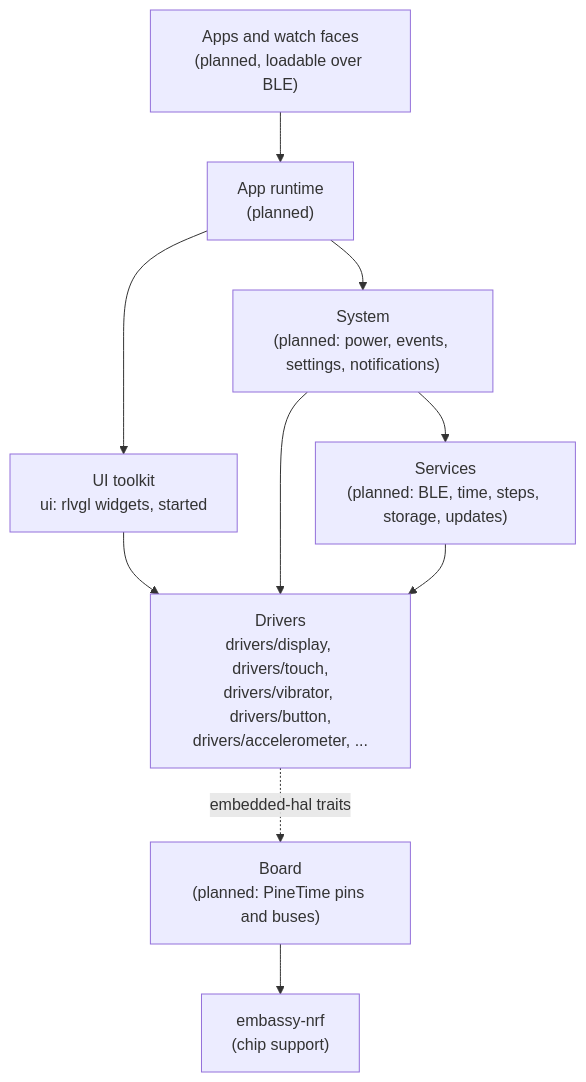
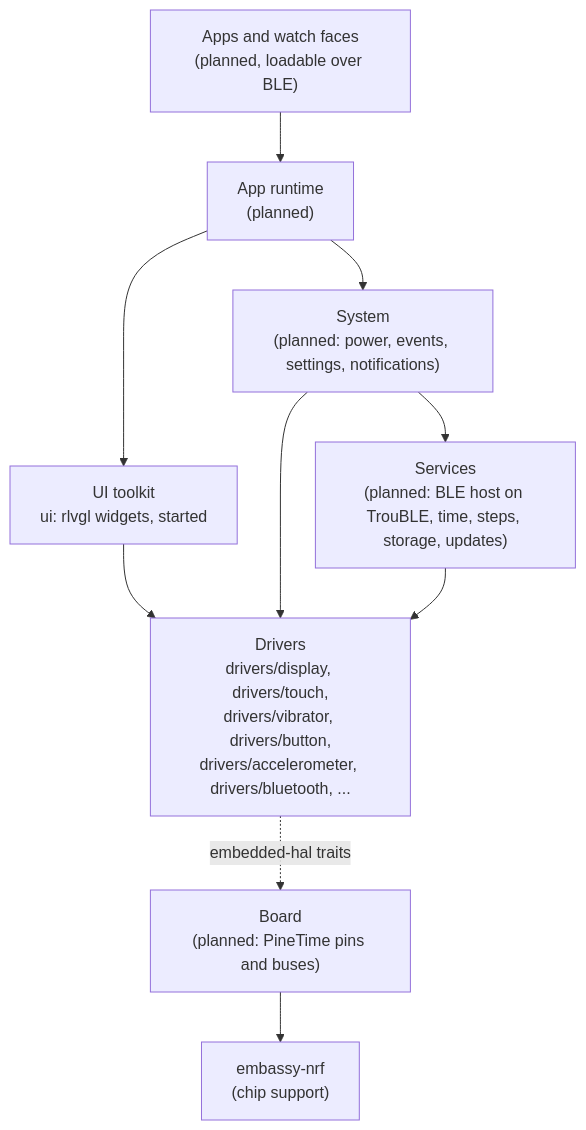
The diagram in docs/architecture.md (BeatLink/BattleTime), drawn with Mermaid before and after one commit. The commit also changed other lines of this file and 13 other files, not shown here.

First line of the commit message:
feat(bluetooth): add a pure-Rust Bluetooth LE controller for the TrouBLE host

````diff
--- a/docs/architecture.md
+++ b/docs/architecture.md
@@ -28,21 +28,21 @@
 ```mermaid
 flowchart TB
     apps["Apps and watch faces<br/>(planned, loadable over BLE)"]
     runtime["App runtime<br/>(planned)"]
     ui["UI toolkit<br/>ui: rlvgl widgets, started"]
     system["System<br/>(planned: power, events, settings, notifications)"]
-    services["Services<br/>(planned: BLE, time, steps, storage, updates)"]
-    drivers["Drivers<br/>drivers/display, drivers/touch,<br/>drivers/vibrator, drivers/button,<br/>drivers/accelerometer, ..."]
+    services["Services<br/>(planned: BLE host on TrouBLE, time, steps, storage, updates)"]
+    drivers["Drivers<br/>drivers/display, drivers/touch,<br/>drivers/vibrator, drivers/button,<br/>drivers/accelerometer, drivers/bluetooth, ..."]
     board["Board<br/>(planned: PineTime pins and buses)"]
     hal["embassy-nrf<br/>(chip support)"]
 
     apps --> runtime
     runtime --> ui
     runtime --> system
     ui --> drivers
     system --> services
     system --> drivers
     services --> drivers
     drivers -. embedded-hal traits .-> board
     board --> hal
 ```
````
